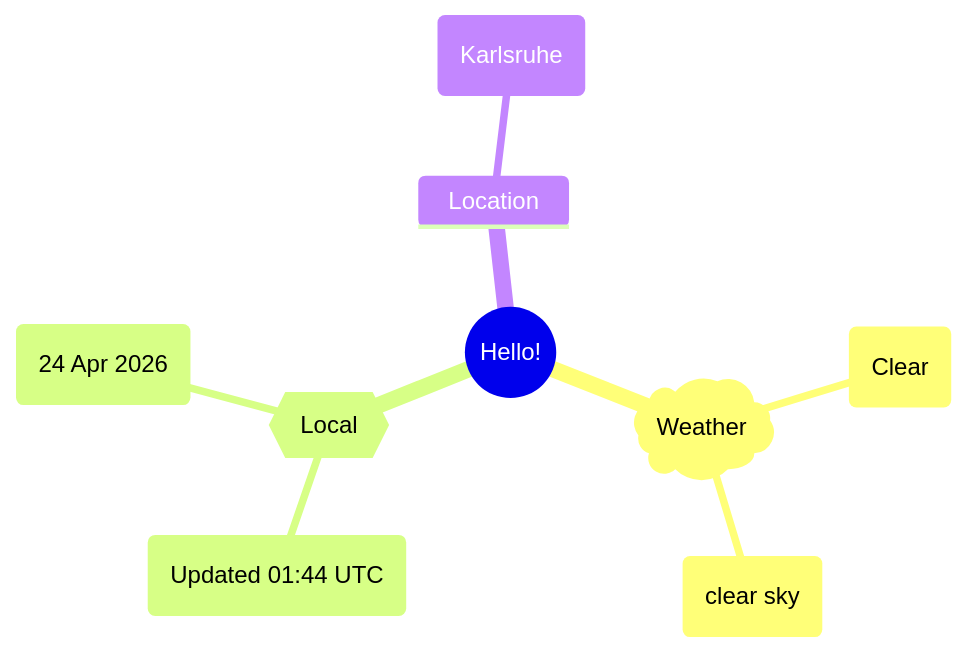
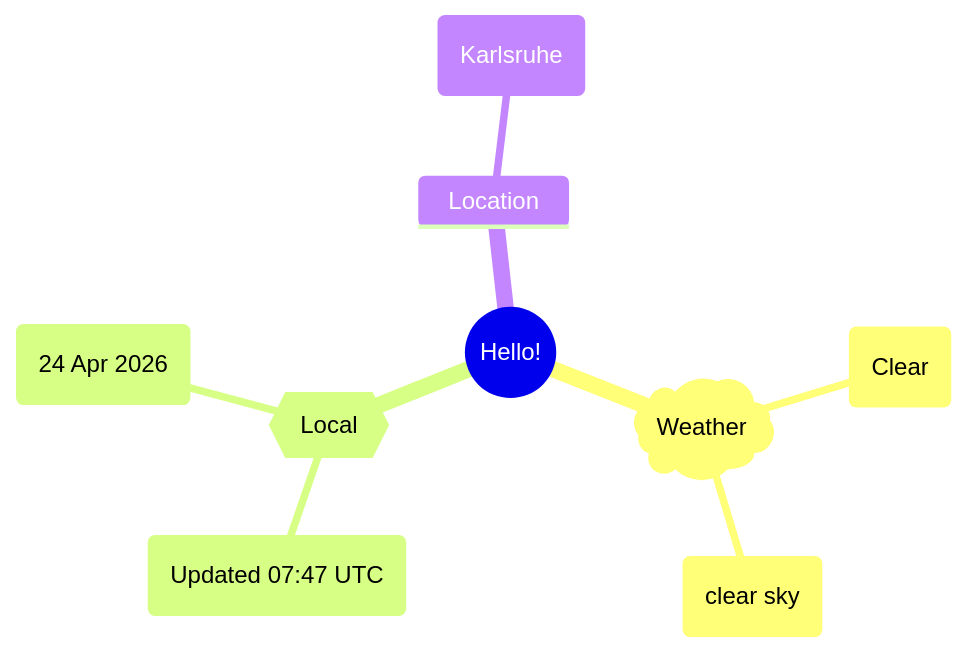
One commit to Xosrov/Xosrov changed the first of 2 diagrams in README.md. Above: the diagram before and after it, drawn with Mermaid.

Commit message:
[bot] updated images

````diff
--- a/README.md
+++ b/README.md
@@ -3,12 +3,12 @@
 ```mermaid
 mindmap
   root((Hello!))
     )Weather(
         (Clear)
         (clear sky)
     {{Local}}
-        (Updated 01:44 UTC)
+        (Updated 07:47 UTC)
         (24 Apr 2026)
     Location
         (Karlsruhe)
 ```
````
